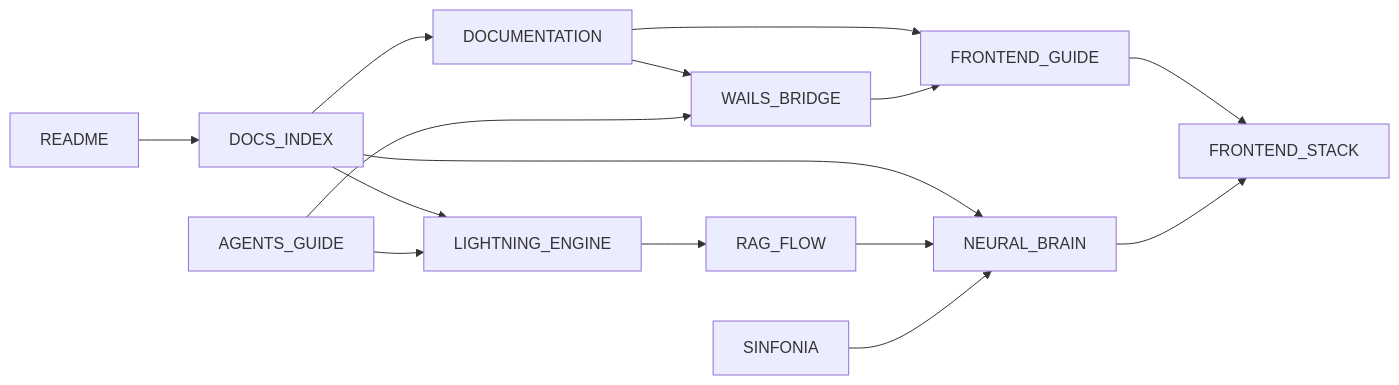
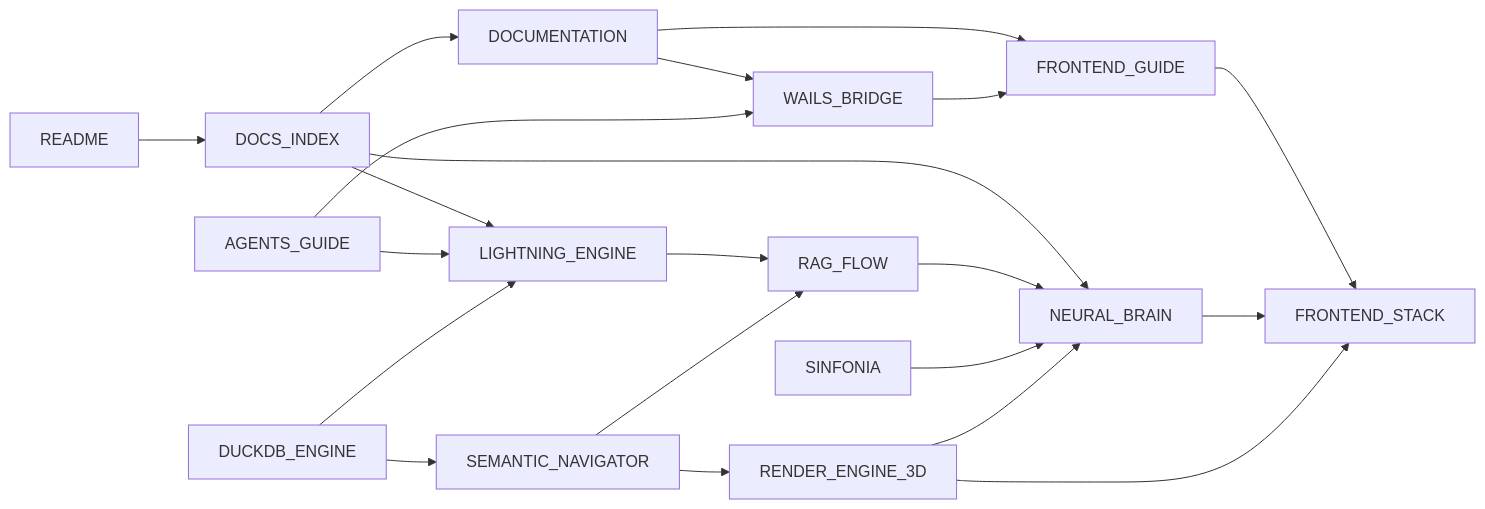
Before and after one commit to jvkabum/Lumaestro: the diagram in docs/DOCS_INDEX.md, drawn with Mermaid. The commit also changed other lines of this file and 11 other files, not shown here.

First line of the commit message:
feat(ui): adicionar GraphProvenance, GraphStatusHUD e painel de projetos satelite

````diff
--- a/docs/DOCS_INDEX.md
+++ b/docs/DOCS_INDEX.md
@@ -68,17 +71,23 @@
 ```mermaid
 graph LR
     README --> DOCS_INDEX
     DOCS_INDEX --> DOCUMENTATION
     DOCS_INDEX --> NEURAL_BRAIN
     DOCS_INDEX --> LIGHTNING_ENGINE
     DOCUMENTATION --> WAILS_BRIDGE
     DOCUMENTATION --> FRONTEND_GUIDE
     WAILS_BRIDGE --> FRONTEND_GUIDE
     FRONTEND_GUIDE --> FRONTEND_STACK
     AGENTS_GUIDE --> LIGHTNING_ENGINE
     AGENTS_GUIDE --> WAILS_BRIDGE
     RAG_FLOW --> NEURAL_BRAIN
     LIGHTNING_ENGINE --> RAG_FLOW
     NEURAL_BRAIN --> FRONTEND_STACK
     SINFONIA --> NEURAL_BRAIN
+    SEMANTIC_NAVIGATOR --> RAG_FLOW
+    SEMANTIC_NAVIGATOR --> RENDER_ENGINE_3D
+    RENDER_ENGINE_3D --> NEURAL_BRAIN
+    RENDER_ENGINE_3D --> FRONTEND_STACK
+    DUCKDB_ENGINE --> LIGHTNING_ENGINE
+    DUCKDB_ENGINE --> SEMANTIC_NAVIGATOR
 ```
````
